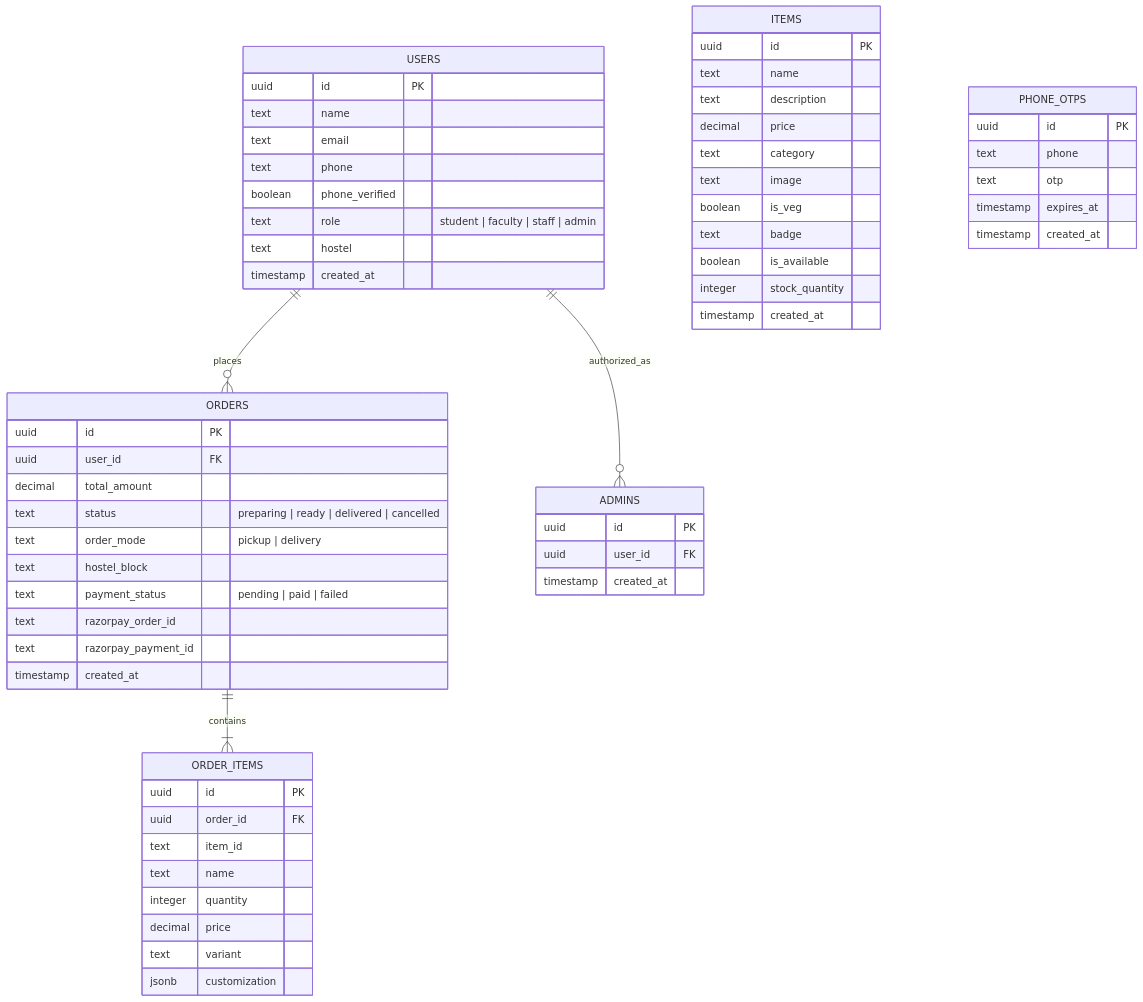
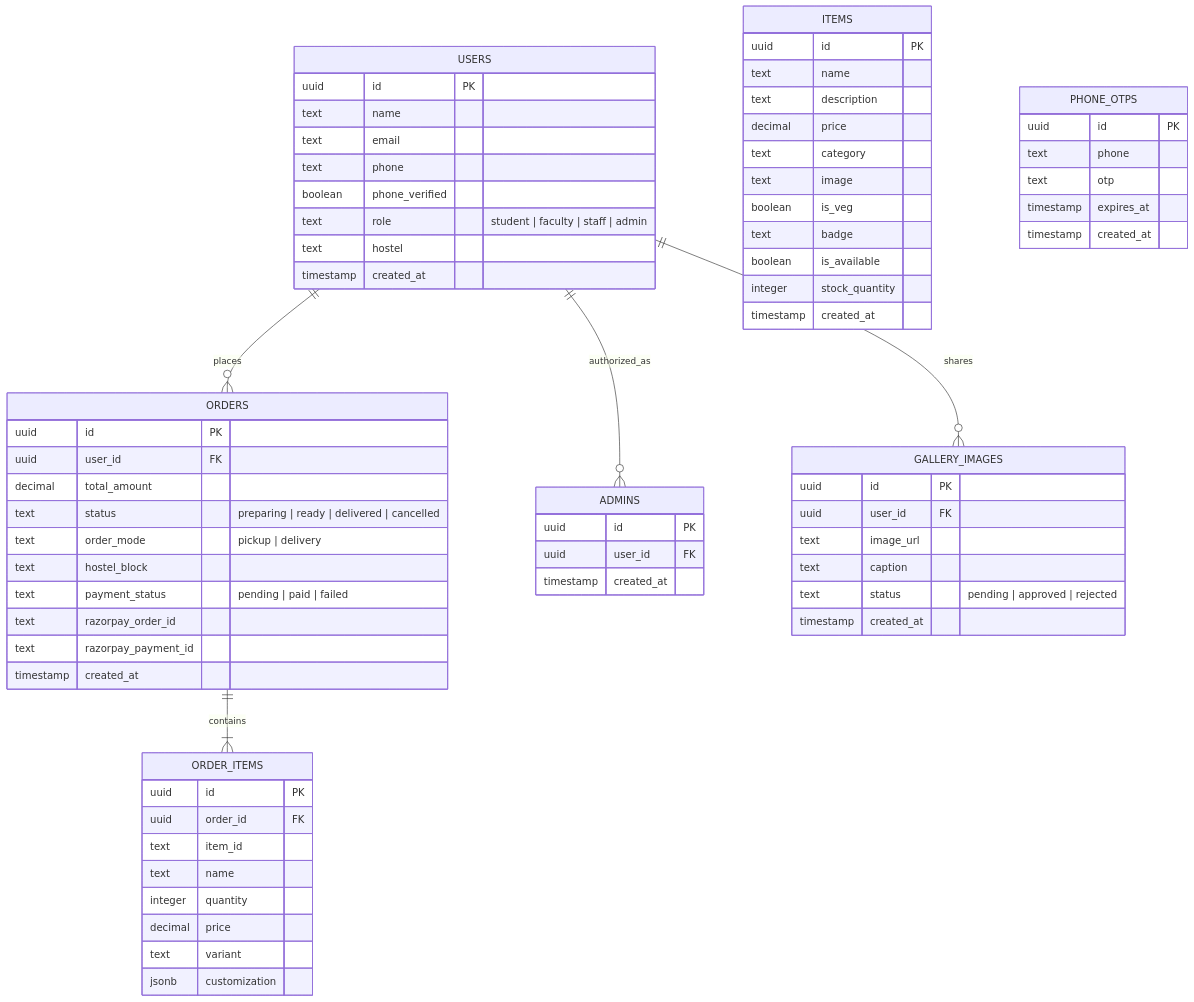
One commit to kiran-8287/nescafe-iitpkd changed the fifth of 6 diagrams in README.md. Above: the diagram before and after it, drawn with Mermaid. The commit also changed other lines of this file and 7 other files, not shown here.

Commit message:
feat: implement community gallery with admin moderation and client-side image optimization

````diff
--- a/README.md
+++ b/README.md
@@ -184,70 +184,80 @@
 ```mermaid
 erDiagram
 
     USERS {
         uuid id PK
         text name
         text email
         text phone
         boolean phone_verified
         text role "student | faculty | staff | admin"
         text hostel
         timestamp created_at
     }
 
     ITEMS {
         uuid id PK
         text name
         text description
         decimal price
         text category
         text image
         boolean is_veg
         text badge
         boolean is_available
         integer stock_quantity
         timestamp created_at
     }
 
     ORDERS {
         uuid id PK
         uuid user_id FK
         decimal total_amount
         text status "preparing | ready | delivered | cancelled"
         text order_mode "pickup | delivery"
         text hostel_block
         text payment_status "pending | paid | failed"
         text razorpay_order_id
         text razorpay_payment_id
         timestamp created_at
     }
 
     ORDER_ITEMS {
         uuid id PK
         uuid order_id FK
         text item_id
         text name
         integer quantity
         decimal price
         text variant
         jsonb customization
     }
 
     ADMINS {
         uuid id PK
         uuid user_id FK
         timestamp created_at
     }
 
     PHONE_OTPS {
         uuid id PK
         text phone
         text otp
         timestamp expires_at
         timestamp created_at
     }
 
+    GALLERY_IMAGES {
+        uuid id PK
+        uuid user_id FK
+        text image_url
+        text caption
+        text status "pending | approved | rejected"
+        timestamp created_at
+    }
+
     USERS ||--o{ ORDERS : places
     USERS ||--o{ ADMINS : authorized_as
+    USERS ||--o{ GALLERY_IMAGES : shares
     ORDERS ||--|{ ORDER_ITEMS : contains
 ```
````
